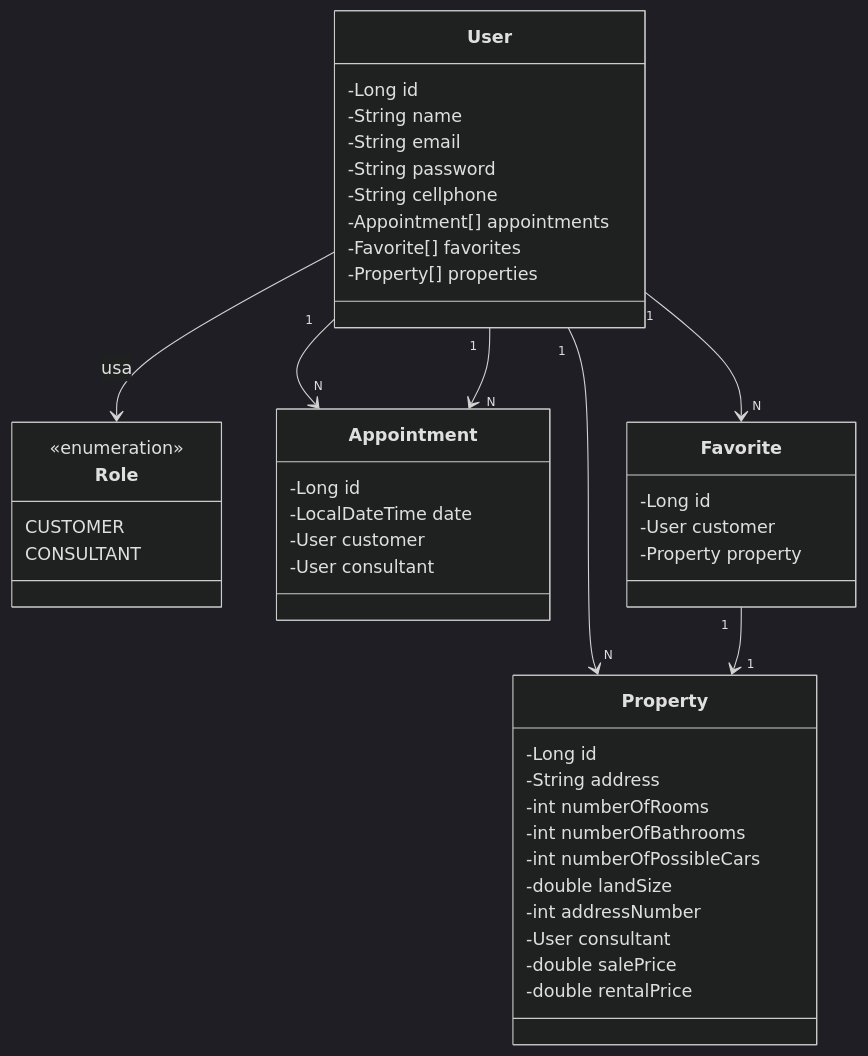
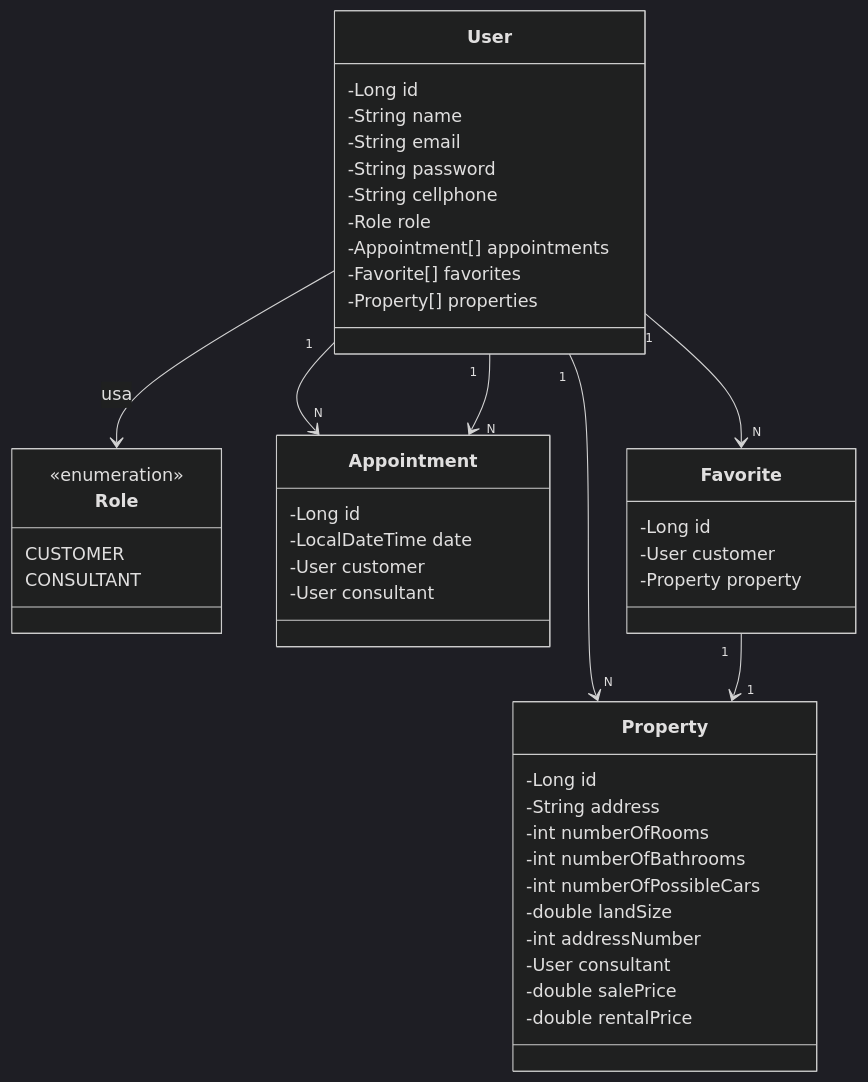
One commit to joaovitor-ma/imoveis-sa-api changed the diagram in README.md. Above: the diagram before and after it, drawn with Mermaid (dark theme).

Commit message:
fix: Inserindo atributo role em User

````diff
--- a/README.md
+++ b/README.md
@@ -32,52 +32,53 @@
 ```mermaid
 classDiagram
     class User {
         -Long id
         -String name
         -String email
         -String password
         -String cellphone
+        -Role role
         -Appointment[] appointments
         -Favorite[] favorites
         -Property[] properties
     }
 
     class Role {
         <<enumeration>>
         CUSTOMER
         CONSULTANT
     }
 
     class Property {
         -Long id
         -String address
         -int numberOfRooms
         -int numberOfBathrooms
         -int numberOfPossibleCars
         -double landSize
         -int addressNumber
         -User consultant
         -double salePrice
         -double rentalPrice
     }
 
     class Appointment {
         -Long id
         -LocalDateTime date
         -User customer
         -User consultant
     }
 
     class Favorite {
         -Long id
         -User customer
         -Property property
     }
 
     User --> Role : usa
     User "1" --> "N" Property
     User "1" --> "N" Appointment
     User "1" --> "N" Appointment
     User "1" --> "N" Favorite
     Favorite "1" --> "1" Property
 ```
````
